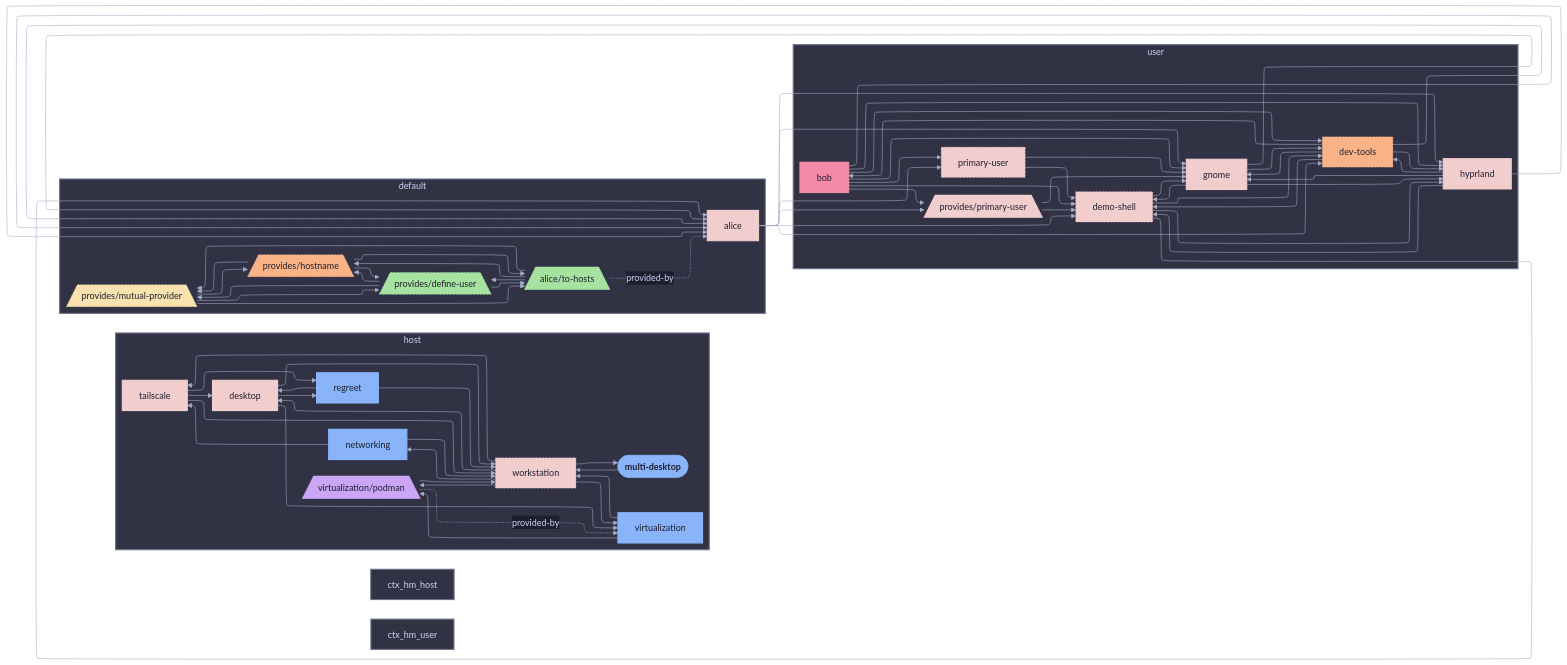
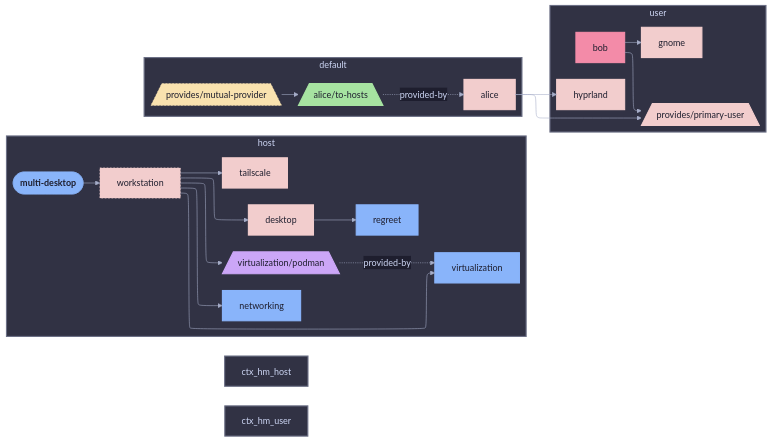
Before and after one commit to sini/den: the diagram in templates/diag-fx-demo/diagrams/multi-desktop-class-nixos.md, drawn with Mermaid. The commit also changed 849 other files, not shown here.

Commit message:
chore: update fx diagrams

```diff
--- a/templates/diag-fx-demo/diagrams/multi-desktop-class-nixos.md
+++ b/templates/diag-fx-demo/diagrams/multi-desktop-class-nixos.md
@@ -15,22 +15,9 @@
   tailscale["tailscale"]:::tailscale_c
   virtualization["virtualization"]:::virtualization_c
   workstation["workstation"]:::workstation_c
-  desktop --> workstation
   desktop --> regreet
-  desktop --> virtualization
   multi_desktop --> workstation
-  networking --> workstation
-  regreet --> workstation
-  tailscale --> workstation
-  virtualization --> workstation
-  virtualization__podman --> workstation
-  networking --> tailscale
-  regreet --> desktop
-  tailscale --> desktop
-  tailscale --> regreet
-  virtualization --> virtualization__podman
   workstation --> desktop
-  workstation --> multi_desktop
   workstation --> networking
   workstation --> virtualization__podman
   workstation --> tailscale
@@ -38,85 +25,34 @@
   virtualization__podman -.->|provided-by| virtualization
   end
   subgraph ctx_default["default"]
-  den__provides__define_user[/"provides/define-user"\]:::den__provides__define_user_c
-  den__provides__hostname[/"provides/hostname"\]:::den__provides__hostname_c
   den__provides__mutual_provider[/"provides/mutual-provider"\]:::den__provides__mutual_provider_c
   alice__to_hosts[/"alice/to-hosts"\]:::alice__to_hosts_c
-  alice__to_hosts --> den__provides__define_user
-  alice__to_hosts --> den__provides__hostname
-  alice__to_hosts --> den__provides__mutual_provider
-  den__provides__mutual_provider --> den__provides__define_user
-  den__provides__mutual_provider --> den__provides__hostname
   den__provides__mutual_provider --> alice__to_hosts
-  den__provides__hostname --> den__provides__define_user
-  den__provides__define_user --> den__provides__hostname
-  den__provides__define_user --> den__provides__mutual_provider
-  den__provides__hostname --> den__provides__mutual_provider
-  den__provides__define_user --> alice__to_hosts
-  den__provides__hostname --> alice__to_hosts
   alice__to_hosts -.->|provided-by| alice
   end
   subgraph ctx_user["user"]
   alice["alice"]:::alice_c
   bob["bob"]:::bob_c
-  demo_shell["demo-shell"]:::demo_shell_c
-  dev_tools["dev-tools"]:::dev_tools_c
   gnome["gnome"]:::gnome_c
   hyprland["hyprland"]:::hyprland_c
-  primary_user["primary-user"]:::primary_user_c
   den__provides__primary_user[/"provides/primary-user"\]:::den__provides__primary_user_c
-  alice --> demo_shell
-  alice --> dev_tools
   alice --> hyprland
-  alice --> primary_user
   alice --> den__provides__primary_user
-  alice --> gnome
-  bob --> dev_tools
   bob --> gnome
-  bob --> primary_user
   bob --> den__provides__primary_user
-  bob --> alice
-  bob --> demo_shell
-  bob --> hyprland
-  demo_shell --> hyprland
-  demo_shell --> alice
-  demo_shell --> dev_tools
-  demo_shell --> gnome
-  den__provides__primary_user --> demo_shell
-  den__provides__primary_user --> gnome
-  dev_tools --> bob
-  dev_tools --> alice
-  dev_tools --> demo_shell
-  dev_tools --> gnome
-  dev_tools --> hyprland
-  gnome --> dev_tools
-  gnome --> alice
-  gnome --> demo_shell
-  gnome --> hyprland
-  hyprland --> dev_tools
-  hyprland --> alice
-  hyprland --> demo_shell
-  hyprland --> gnome
-  primary_user --> demo_shell
-  primary_user --> gnome
   end
 
 
   classDef root fill:#89b4fa,stroke:#89b4fa,color:#1e1e2e,font-weight:bold
   classDef alice_c fill:#f2cdcd,stroke:#f2cdcd,color:#1e1e2e,stroke-width:2px
   classDef bob_c fill:#f38ba8,stroke:#f38ba8,color:#1e1e2e,stroke-width:2px
-  classDef den__provides__define_user_c fill:#a6e3a1,stroke:#a6e3a1,color:#1e1e2e,stroke-dasharray: 3 3,stroke-width:1px
-  classDef demo_shell_c fill:#f2cdcd,stroke:#f2cdcd,color:#1e1e2e,stroke-dasharray: 3 3,stroke-width:1px
   classDef desktop_c fill:#f2cdcd,stroke:#f2cdcd,color:#1e1e2e,stroke-width:2px
-  classDef dev_tools_c fill:#fab387,stroke:#fab387,color:#1e1e2e,stroke-dasharray: 3 3,stroke-width:1px
   classDef gnome_c fill:#f2cdcd,stroke:#f2cdcd,color:#1e1e2e,stroke-width:2px
-  classDef den__provides__hostname_c fill:#fab387,stroke:#fab387,color:#1e1e2e,stroke-dasharray: 3 3,stroke-width:1px
   classDef hyprland_c fill:#f2cdcd,stroke:#f2cdcd,color:#1e1e2e,stroke-width:2px
   classDef multi_desktop_c fill:#f2cdcd,stroke:#f2cdcd,color:#1e1e2e,stroke-width:2px
   classDef den__provides__mutual_provider_c fill:#f9e2af,stroke:#f9e2af,color:#1e1e2e,stroke-dasharray: 3 3,stroke-width:1px
   classDef networking_c fill:#89b4fa,stroke:#89b4fa,color:#1e1e2e,stroke-width:2px
   classDef virtualization__podman_c fill:#cba6f7,stroke:#cba6f7,color:#1e1e2e,stroke-width:2px
-  classDef primary_user_c fill:#f2cdcd,stroke:#f2cdcd,color:#1e1e2e,stroke-dasharray: 3 3,stroke-width:1px
   classDef den__provides__primary_user_c fill:#f2cdcd,stroke:#f2cdcd,color:#1e1e2e,stroke-width:2px
   classDef regreet_c fill:#89b4fa,stroke:#89b4fa,color:#1e1e2e,stroke-width:2px
   classDef tailscale_c fill:#f2cdcd,stroke:#f2cdcd,color:#1e1e2e,stroke-width:2px
```
